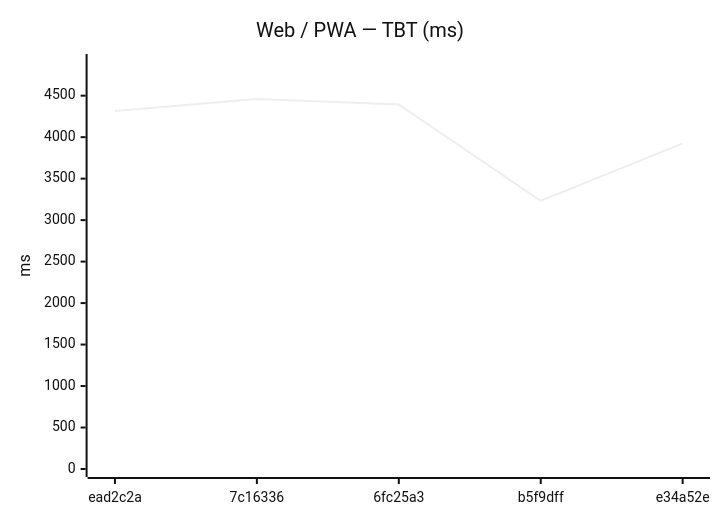
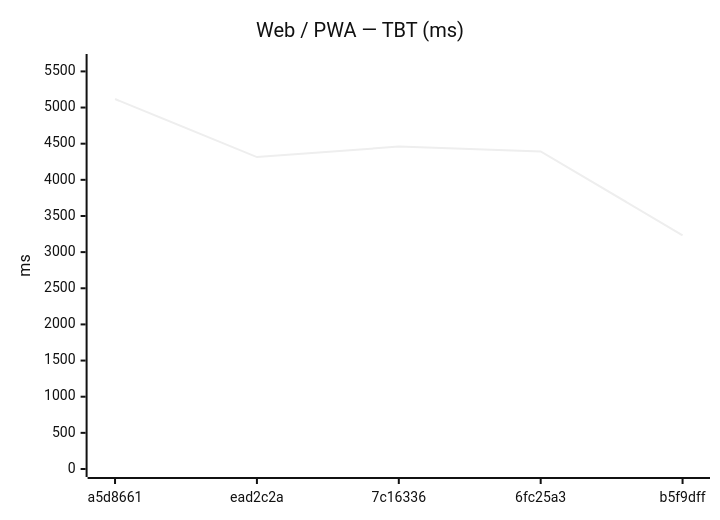
Before and after one commit to Metaheurist/Rianell: the sixth of 12 diagrams in benchmarks/compare.md, drawn with Mermaid (neutral theme). The commit also changed other lines of this file and 8 other files, not shown here.

````diff
--- a/benchmarks/compare.md
+++ b/benchmarks/compare.md
@@ -89,7 +89,7 @@
 ```mermaid
 xychart-beta
     title "Web / PWA — TBT (ms)"
-    x-axis ["ead2c2a", "7c16336", "6fc25a3", "b5f9dff", "e34a52e"]
-    y-axis "ms" 0 --> 4906
-    line [4315, 4460, 4393, 3233, 3925]
+    x-axis ["a5d8661", "ead2c2a", "7c16336", "6fc25a3", "b5f9dff"]
+    y-axis "ms" 0 --> 5630
+    line [5118, 4315, 4460, 4393, 3233]
 ```
````
